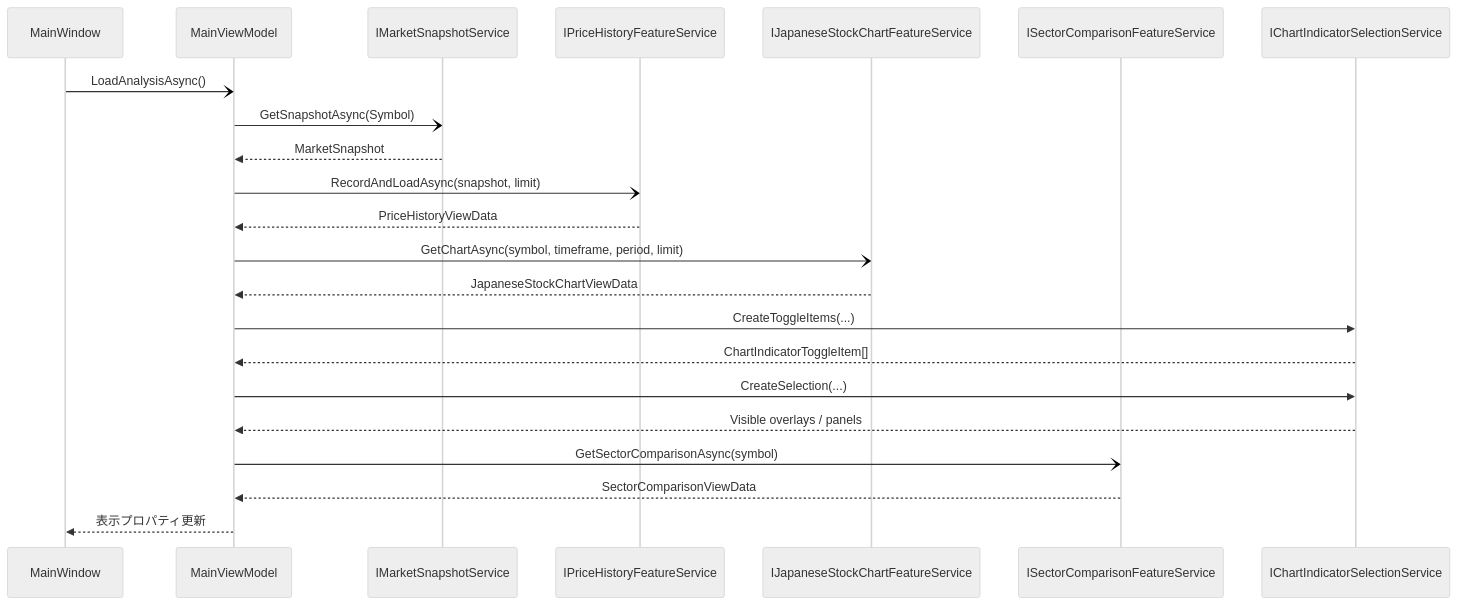
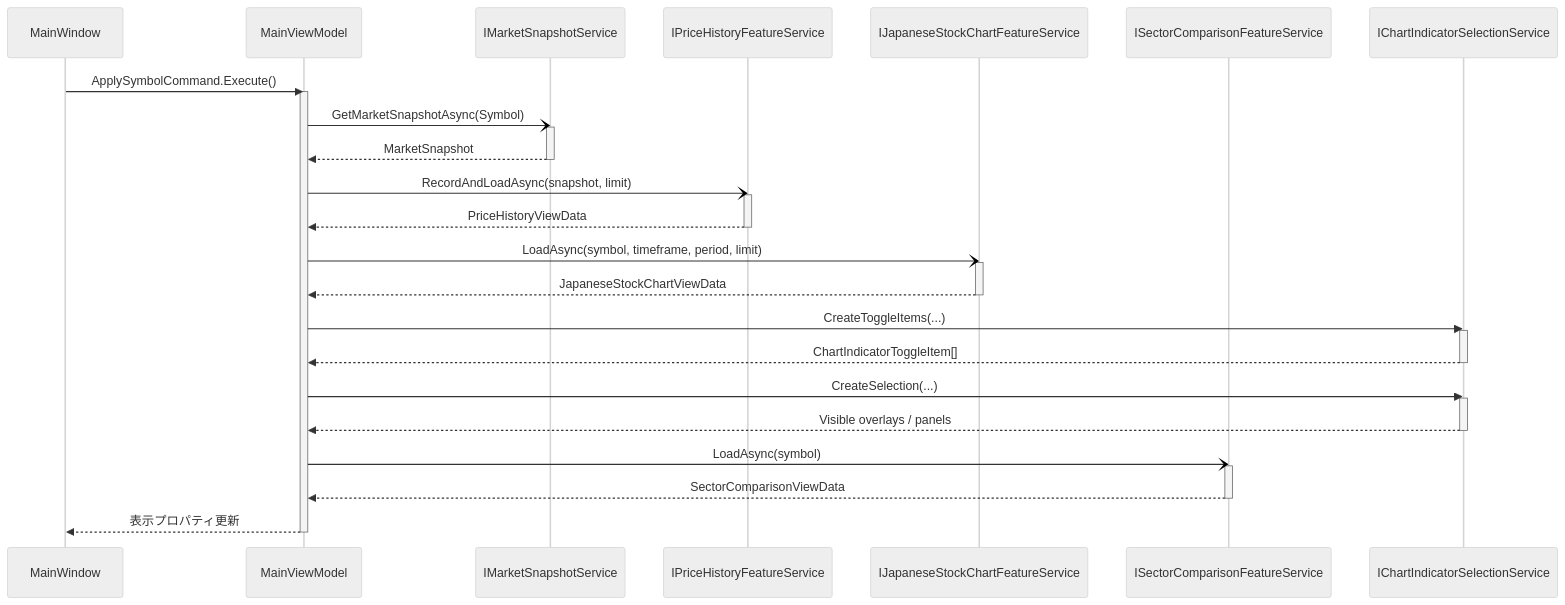
One commit to yankee2023/market_monitor changed diagram 14 of 29 in docs/DESIGN.md. Above: the diagram before and after it, drawn with Mermaid (neutral theme). The commit also changed other lines of this file and 9 other files, not shown here.

````diff
--- a/docs/DESIGN.md
+++ b/docs/DESIGN.md
@@ -593,25 +793,39 @@
 ```mermaid
 sequenceDiagram
     participant View as MainWindow
     participant VM as MainViewModel
     participant Snapshot as IMarketSnapshotService
     participant History as IPriceHistoryFeatureService
     participant Chart as IJapaneseStockChartFeatureService
     participant Sector as ISectorComparisonFeatureService
     participant Indicator as IChartIndicatorSelectionService
 
-    View-)VM: LoadAnalysisAsync()
-    VM-)Snapshot: GetSnapshotAsync(Symbol)
+    View->>VM: ApplySymbolCommand.Execute()
+    activate VM
+    VM-)Snapshot: GetMarketSnapshotAsync(Symbol)
+    activate Snapshot
     Snapshot-->>VM: MarketSnapshot
+    deactivate Snapshot
     VM-)History: RecordAndLoadAsync(snapshot, limit)
+    activate History
     History-->>VM: PriceHistoryViewData
-    VM-)Chart: GetChartAsync(symbol, timeframe, period, limit)
+    deactivate History
+    VM-)Chart: LoadAsync(symbol, timeframe, period, limit)
+    activate Chart
     Chart-->>VM: JapaneseStockChartViewData
+    deactivate Chart
     VM->>Indicator: CreateToggleItems(...)
+    activate Indicator
     Indicator-->>VM: ChartIndicatorToggleItem[]
+    deactivate Indicator
     VM->>Indicator: CreateSelection(...)
+    activate Indicator
     Indicator-->>VM: Visible overlays / panels
-    VM-)Sector: GetSectorComparisonAsync(symbol)
+    deactivate Indicator
+    VM-)Sector: LoadAsync(symbol)
+    activate Sector
     Sector-->>VM: SectorComparisonViewData
+    deactivate Sector
     VM-->>View: 表示プロパティ更新
+    deactivate VM
 ```
````
